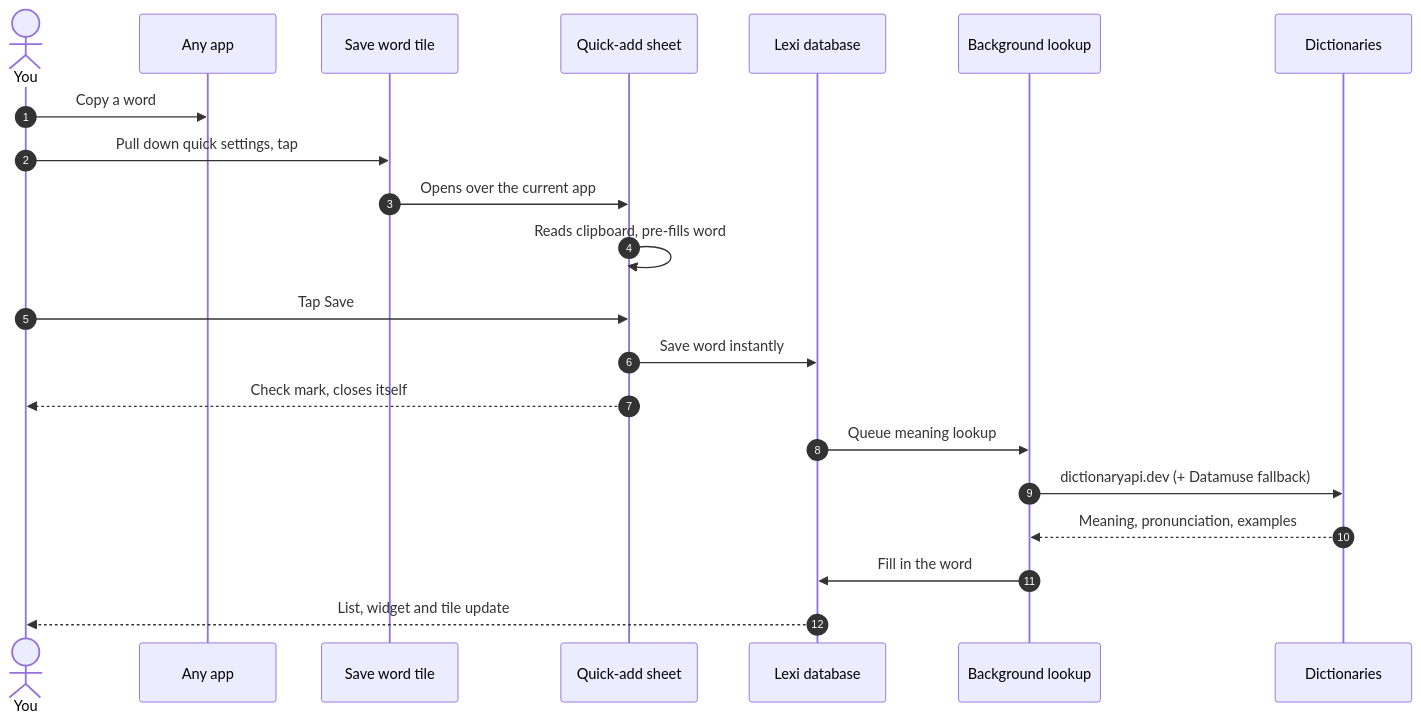
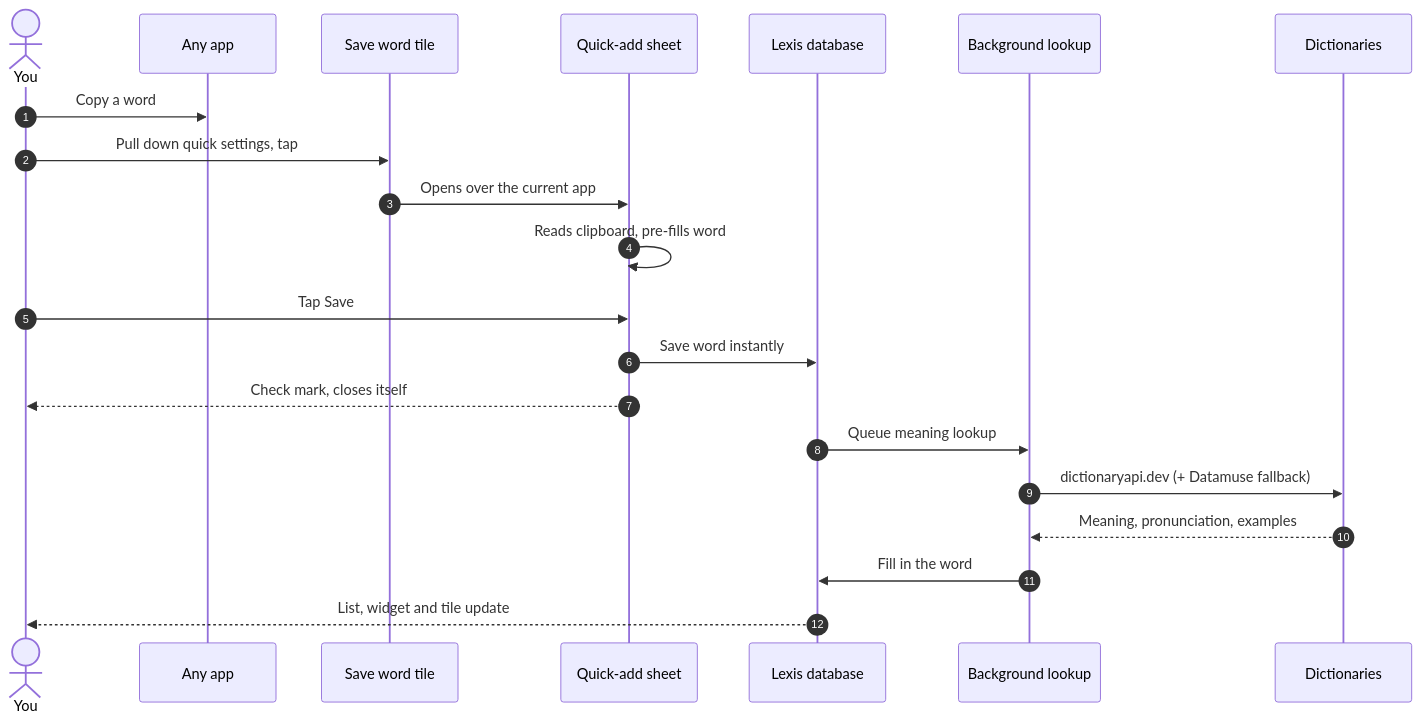
Before and after one commit to TonmoyDaFulkopi/lexis: the first of 5 diagrams in README.md, drawn with Mermaid. The commit also changed other lines of this file and 13 other files, not shown here.

````diff
--- a/README.md
+++ b/README.md
@@ -58,24 +58,24 @@
 ```mermaid
 sequenceDiagram
     autonumber
     actor You
     participant App as Any app
     participant Tile as Save word tile
     participant Sheet as Quick-add sheet
-    participant DB as Lexi database
+    participant DB as Lexis database
     participant Work as Background lookup
     participant Dict as Dictionaries
 
     You->>App: Copy a word
     You->>Tile: Pull down quick settings, tap
     Tile->>Sheet: Opens over the current app
     Sheet->>Sheet: Reads clipboard, pre-fills word
     You->>Sheet: Tap Save
     Sheet->>DB: Save word instantly
     Sheet-->>You: Check mark, closes itself
     DB->>Work: Queue meaning lookup
     Work->>Dict: dictionaryapi.dev (+ Datamuse fallback)
     Dict-->>Work: Meaning, pronunciation, examples
     Work->>DB: Fill in the word
     DB-->>You: List, widget and tile update
 ```
````
